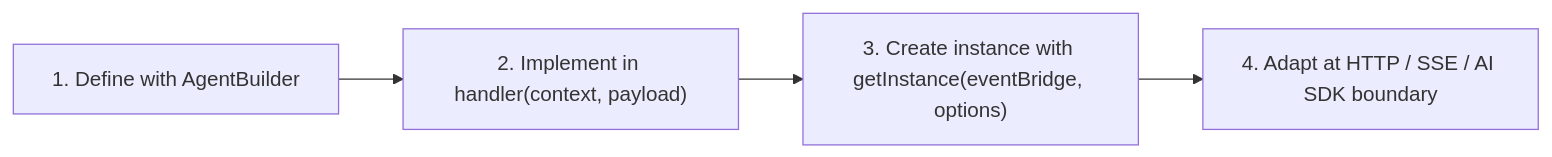
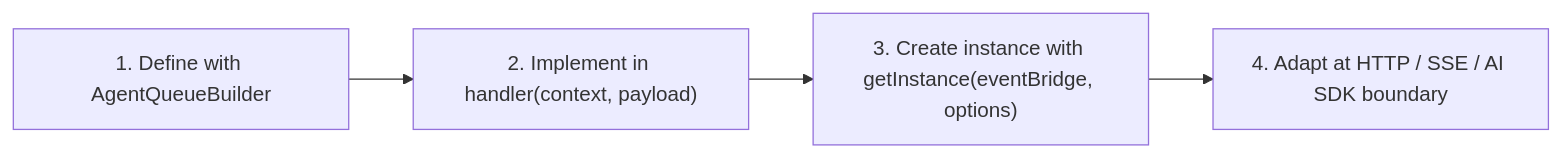
Before and after one commit to puristajs/purista: the diagram in website/doc/handbook/2_building_business-logic/agent/index.md, drawn with Mermaid. The commit also changed other lines of this file and 5817 other files, not shown here.

````diff
--- a/website/doc/handbook/2_building_business-logic/agent/index.md
+++ b/website/doc/handbook/2_building_business-logic/agent/index.md
@@ -29,6 +29,6 @@
 ```mermaid
 flowchart LR
-    A["1. Define with AgentBuilder"] --> B["2. Implement in handler(context, payload)"]
+    A["1. Define with AgentQueueBuilder"] --> B["2. Implement in handler(context, payload)"]
     B --> C["3. Create instance with getInstance(eventBridge, options)"]
     C --> D["4. Adapt at HTTP / SSE / AI SDK boundary"]
 ```
````
